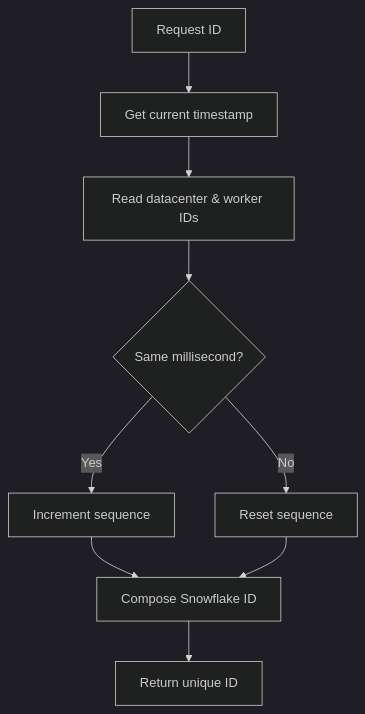
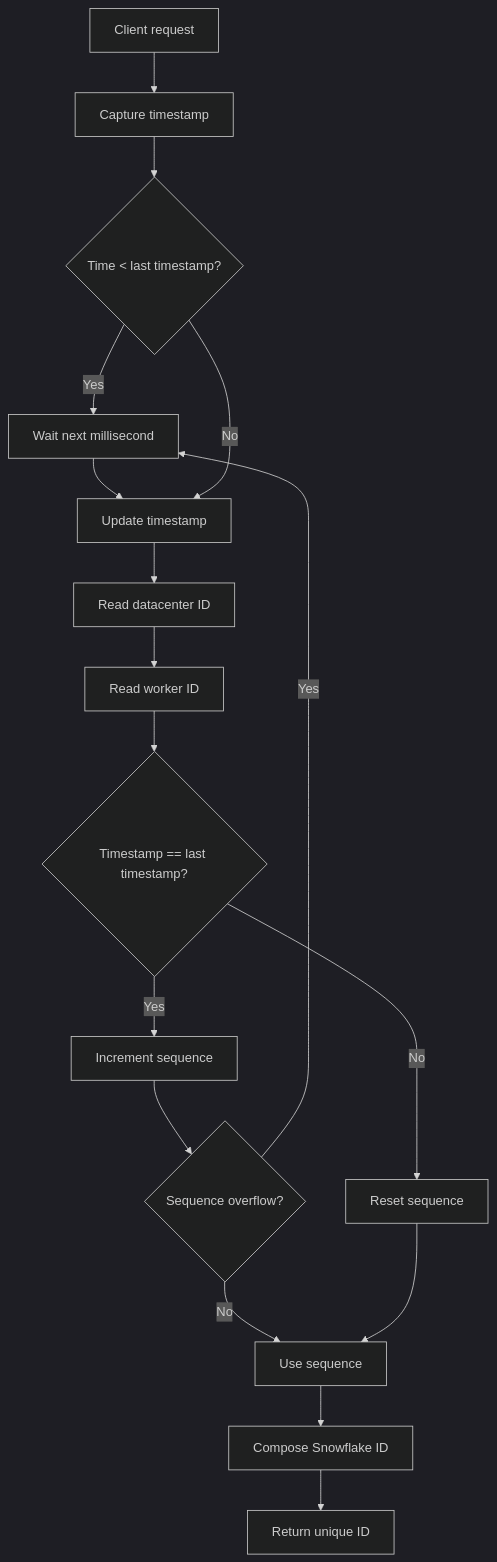
Before and after one commit to Albe83/cn-crud-app: the diagram in docs/resourceid_flowchart.mmd, drawn with Mermaid (dark theme). The commit also changed 1 other file, not shown here.

Commit message:
Improve Snowflake ID documentation

```diff
--- a/docs/resourceid_flowchart.mmd
+++ b/docs/resourceid_flowchart.mmd
@@ -1,9 +1,17 @@
 flowchart TD
-    A[Request ID] --> B[Get current timestamp]
-    B --> C[Read datacenter & worker IDs]
-    C --> D{Same millisecond?}
-    D -- Yes --> E[Increment sequence]
-    D -- No --> F[Reset sequence]
-    E --> G[Compose Snowflake ID]
-    F --> G
-    G --> H[Return unique ID]
+    A[Client request] --> B[Capture timestamp]
+    B --> C{Time < last timestamp?}
+    C -- Yes --> D[Wait next millisecond]
+    D --> E[Update timestamp]
+    C -- No --> E
+    E --> F[Read datacenter ID]
+    F --> G[Read worker ID]
+    G --> H{Timestamp == last timestamp?}
+    H -- Yes --> I[Increment sequence]
+    H -- No --> J[Reset sequence]
+    I --> K{Sequence overflow?}
+    K -- Yes --> D
+    K -- No --> L[Use sequence]
+    J --> L
+    L --> M[Compose Snowflake ID]
+    M --> N[Return unique ID]
```
